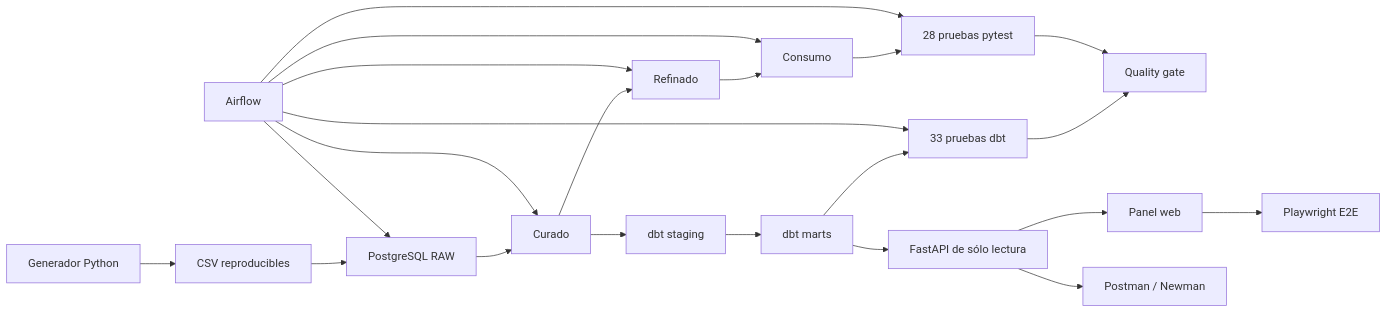
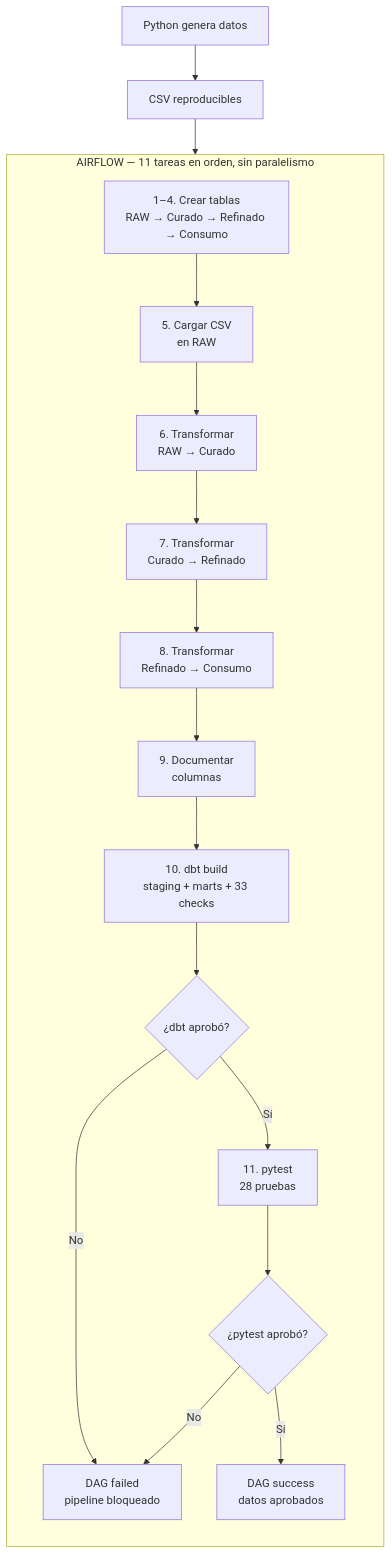
Before and after one commit to MatiFul/data-qa-lab: the first of 2 diagrams in README.md, drawn with Mermaid. The commit also changed other lines of this file and 1 other file, not shown here.

Commit message:
docs: clarify execution order and tool responsibilities

````diff
--- a/README.md
+++ b/README.md
@@ -19,24 +21,28 @@
 ```mermaid
-flowchart LR
-    A["Generador Python"] --> B["CSV reproducibles"]
-    B --> C["PostgreSQL RAW"]
-    C --> D["Curado"]
-    D --> E["Refinado"]
-    E --> F["Consumo"]
-    D --> G["dbt staging"]
-    G --> H["dbt marts"]
-    H --> I["33 pruebas dbt"]
-    F --> J["28 pruebas pytest"]
-    I --> K["Quality gate"]
-    J --> K
-    H --> M["FastAPI de sólo lectura"]
-    M --> N["Panel web"]
-    M --> O["Postman / Newman"]
-    N --> P["Playwright E2E"]
-    L["Airflow"] --> C
-    L --> D
-    L --> E
-    L --> F
-    L --> I
-    L --> J
+flowchart TD
+    G["Python genera datos"] --> CSV["CSV reproducibles"]
+
+    subgraph DAG["AIRFLOW — 11 tareas en orden, sin paralelismo"]
+        direction TB
+        T1["1–4. Crear tablas<br>RAW → Curado → Refinado → Consumo"]
+        T2["5. Cargar CSV<br>en RAW"]
+        T3["6. Transformar<br>RAW → Curado"]
+        T4["7. Transformar<br>Curado → Refinado"]
+        T5["8. Transformar<br>Refinado → Consumo"]
+        T6["9. Documentar<br>columnas"]
+        T7["10. dbt build<br>staging + marts + 33 checks"]
+        D1{"¿dbt aprobó?"}
+        T8["11. pytest<br>28 pruebas"]
+        D2{"¿pytest aprobó?"}
+        OK["DAG success<br>datos aprobados"]
+        STOP["DAG failed<br>pipeline bloqueado"]
+
+        T1 --> T2 --> T3 --> T4 --> T5 --> T6 --> T7 --> D1
+        D1 -- "Sí" --> T8 --> D2
+        D1 -- "No" --> STOP
+        D2 -- "Sí" --> OK
+        D2 -- "No" --> STOP
+    end
+
+    CSV --> T2
 ```
````
